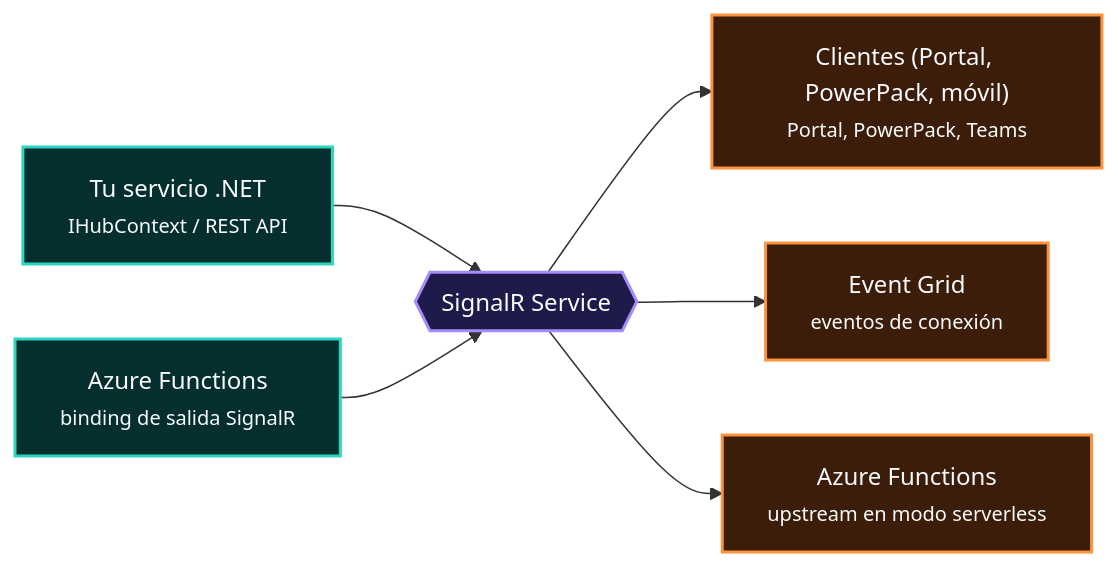
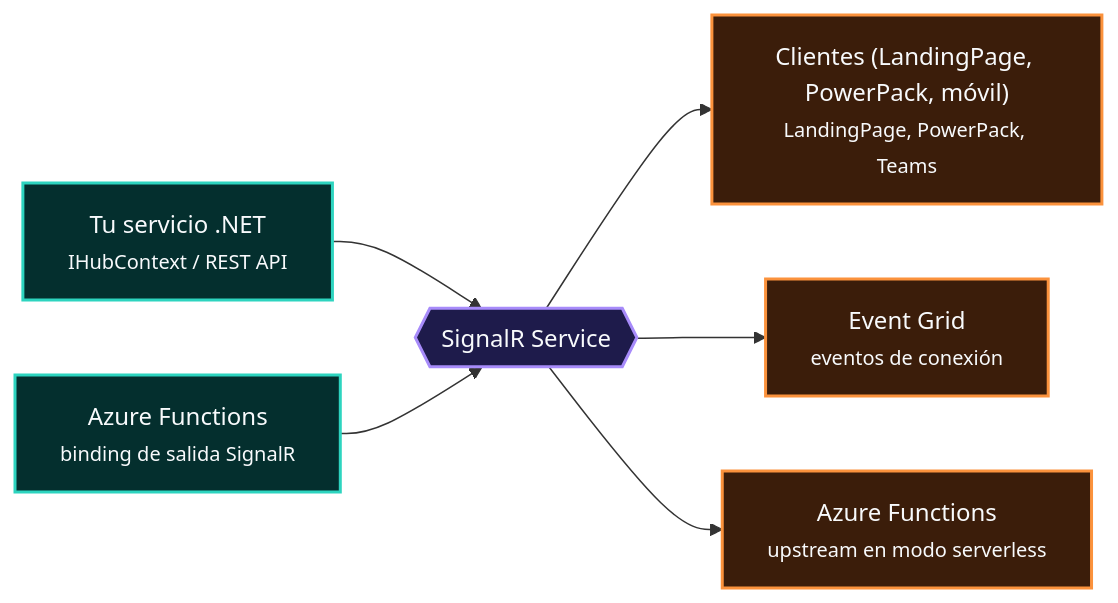
One commit to CristianSifuentes/QuickTheoryNET changed the seventh of 10 diagrams in docs/12-brokers-quien-escribe-quien-lee.md. Above: the diagram before and after it, drawn with Mermaid. The commit also changed 23 other files, not shown here.

First line of the commit message:
Rename the Portal project to LandingPage

````diff
--- a/docs/12-brokers-quien-escribe-quien-lee.md
+++ b/docs/12-brokers-quien-escribe-quien-lee.md
@@ -323,15 +323,15 @@
 ```mermaid
 flowchart LR
     I0["Tu servicio .NET<br/><small>IHubContext / REST API</small>"]:::P --> BK
     I1["Azure Functions<br/><small>binding de salida SignalR</small>"]:::P --> BK
     BK{{"SignalR Service"}}:::B
-    BK --> O0["Clientes (Portal, PowerPack, móvil)<br/><small>Portal, PowerPack, Teams</small>"]:::C
+    BK --> O0["Clientes (LandingPage, PowerPack, móvil)<br/><small>LandingPage, PowerPack, Teams</small>"]:::C
     BK --> O1["Event Grid<br/><small>eventos de conexión</small>"]:::C
     BK --> O2["Azure Functions<br/><small>upstream en modo serverless</small>"]:::C
     classDef P fill:#042F2E,stroke:#2DD4BF,color:#F8FAFC,stroke-width:2px
     classDef B fill:#1E1B4B,stroke:#A78BFA,color:#F8FAFC,stroke-width:2px
     classDef C fill:#3B1D0A,stroke:#FB923C,color:#F8FAFC,stroke-width:2px
     classDef D fill:#0C2744,stroke:#60A5FA,color:#F8FAFC,stroke-width:2px
     classDef S fill:#1A2E05,stroke:#A3E635,color:#F8FAFC,stroke-width:2px
     classDef X fill:#1E293B,stroke:#94A3B8,color:#F8FAFC,stroke-width:2px
 ```
````
